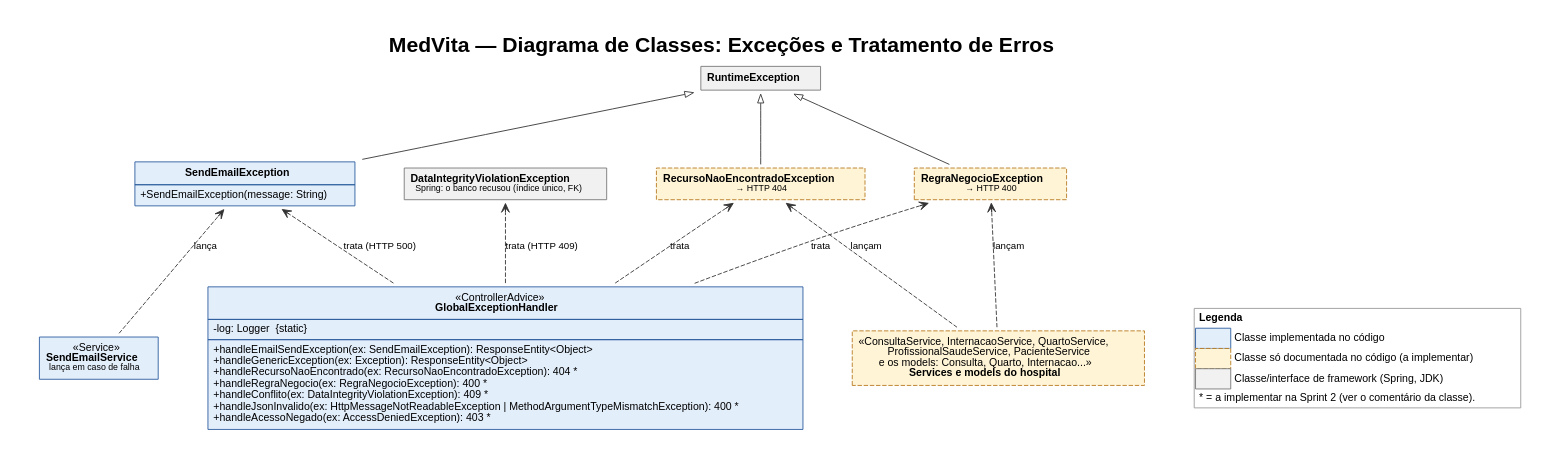
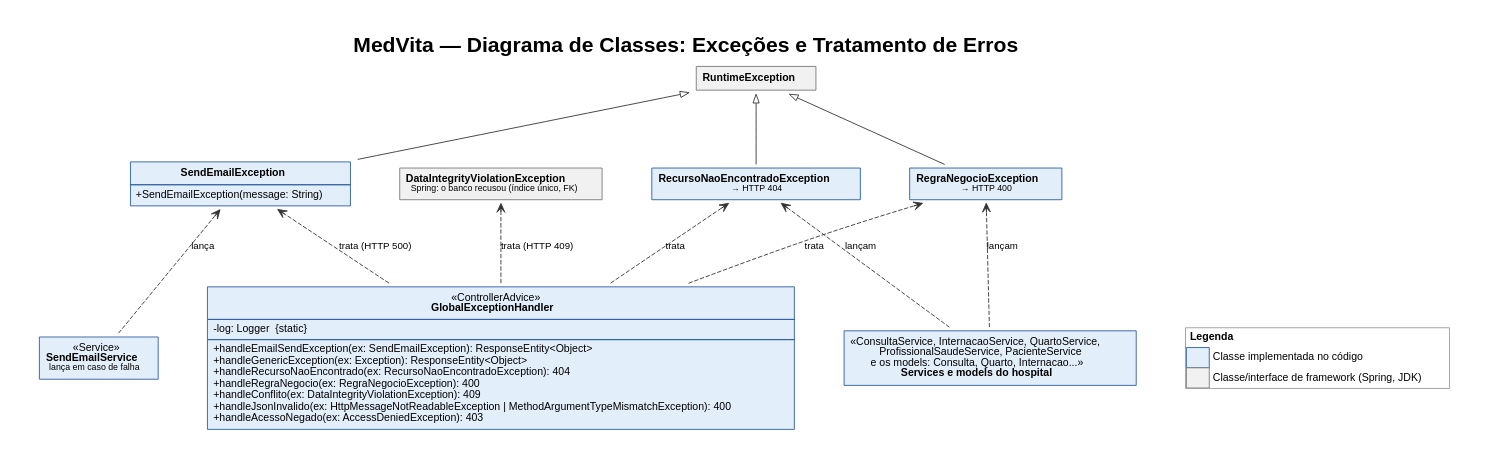
The diagram in DOCUMENTOS/DiagramaUML/04-diagrama-classes-excecoes.dot (leonardoMartins-Dev/Sistema_Hospitalar), drawn with Graphviz before and after one commit. The commit also changed 14 other files, not shown here.

Commit message:
Sprint 2: diagramas atualizados, aviso do banco e usuários de teste removidos

```diff
--- a/DOCUMENTOS/DiagramaUML/04-diagrama-classes-excecoes.dot
+++ b/DOCUMENTOS/DiagramaUML/04-diagrama-classes-excecoes.dot
@@ -1,27 +1,27 @@
 digraph G {
   rankdir=BT; splines=true; nodesep=0.55; ranksep=0.9; pad=0.4;
   labelloc=t; fontsize=24; fontname="Helvetica"; label=<<B>MedVita — Diagrama de Classes: Exceções e Tratamento de Erros</B>>;
   node [fontname="Helvetica" fontsize=12];
   edge [fontname="Helvetica" fontsize=11 color="#333333" labeldistance=2.2];
   ranksep=1.0;
 RTE [shape=plaintext label=<<TABLE BORDER="1" CELLBORDER="0" CELLSPACING="0" CELLPADDING="5" BGCOLOR="#F1F1F1" COLOR="#777777" STYLE="solid"><TR><TD ALIGN="CENTER" CELLPADDING="6"><B>RuntimeException</B></TD></TR></TABLE>>];
 SendEx [shape=plaintext label=<<TABLE BORDER="1" CELLBORDER="0" CELLSPACING="0" CELLPADDING="5" BGCOLOR="#E3EEFB" COLOR="#2B5C9E" STYLE="solid"><TR><TD ALIGN="CENTER" CELLPADDING="6"><B>SendEmailException</B></TD></TR><HR/><TR><TD ALIGN="LEFT" BALIGN="LEFT">+SendEmailException(message: String)<BR ALIGN="LEFT"/></TD></TR></TABLE>>];
-NotFound [shape=plaintext label=<<TABLE BORDER="1" CELLBORDER="0" CELLSPACING="0" CELLPADDING="5" BGCOLOR="#FFF4D6" COLOR="#B7791F" STYLE="dashed"><TR><TD ALIGN="CENTER" CELLPADDING="6"><B>RecursoNaoEncontradoException</B><BR/><FONT POINT-SIZE="10">→ HTTP 404</FONT></TD></TR></TABLE>>];
-Regra [shape=plaintext label=<<TABLE BORDER="1" CELLBORDER="0" CELLSPACING="0" CELLPADDING="5" BGCOLOR="#FFF4D6" COLOR="#B7791F" STYLE="dashed"><TR><TD ALIGN="CENTER" CELLPADDING="6"><B>RegraNegocioException</B><BR/><FONT POINT-SIZE="10">→ HTTP 400</FONT></TD></TR></TABLE>>];
-Handler [shape=plaintext label=<<TABLE BORDER="1" CELLBORDER="0" CELLSPACING="0" CELLPADDING="5" BGCOLOR="#E3EEFB" COLOR="#2B5C9E" STYLE="solid"><TR><TD ALIGN="CENTER" CELLPADDING="6">«ControllerAdvice»<BR/><B>GlobalExceptionHandler</B></TD></TR><HR/><TR><TD ALIGN="LEFT" BALIGN="LEFT">-log: Logger  {static}<BR ALIGN="LEFT"/></TD></TR><HR/><TR><TD ALIGN="LEFT" BALIGN="LEFT">+handleEmailSendException(ex: SendEmailException): ResponseEntity&lt;Object&gt;<BR ALIGN="LEFT"/>+handleGenericException(ex: Exception): ResponseEntity&lt;Object&gt;<BR ALIGN="LEFT"/>+handleRecursoNaoEncontrado(ex: RecursoNaoEncontradoException): 404 *<BR ALIGN="LEFT"/>+handleRegraNegocio(ex: RegraNegocioException): 400 *<BR ALIGN="LEFT"/>+handleConflito(ex: DataIntegrityViolationException): 409 *<BR ALIGN="LEFT"/>+handleJsonInvalido(ex: HttpMessageNotReadableException | MethodArgumentTypeMismatchException): 400 *<BR ALIGN="LEFT"/>+handleAcessoNegado(ex: AccessDeniedException): 403 *<BR ALIGN="LEFT"/></TD></TR></TABLE>>];
+NotFound [shape=plaintext label=<<TABLE BORDER="1" CELLBORDER="0" CELLSPACING="0" CELLPADDING="5" BGCOLOR="#E3EEFB" COLOR="#2B5C9E" STYLE="solid"><TR><TD ALIGN="CENTER" CELLPADDING="6"><B>RecursoNaoEncontradoException</B><BR/><FONT POINT-SIZE="10">→ HTTP 404</FONT></TD></TR></TABLE>>];
+Regra [shape=plaintext label=<<TABLE BORDER="1" CELLBORDER="0" CELLSPACING="0" CELLPADDING="5" BGCOLOR="#E3EEFB" COLOR="#2B5C9E" STYLE="solid"><TR><TD ALIGN="CENTER" CELLPADDING="6"><B>RegraNegocioException</B><BR/><FONT POINT-SIZE="10">→ HTTP 400</FONT></TD></TR></TABLE>>];
+Handler [shape=plaintext label=<<TABLE BORDER="1" CELLBORDER="0" CELLSPACING="0" CELLPADDING="5" BGCOLOR="#E3EEFB" COLOR="#2B5C9E" STYLE="solid"><TR><TD ALIGN="CENTER" CELLPADDING="6">«ControllerAdvice»<BR/><B>GlobalExceptionHandler</B></TD></TR><HR/><TR><TD ALIGN="LEFT" BALIGN="LEFT">-log: Logger  {static}<BR ALIGN="LEFT"/></TD></TR><HR/><TR><TD ALIGN="LEFT" BALIGN="LEFT">+handleEmailSendException(ex: SendEmailException): ResponseEntity&lt;Object&gt;<BR ALIGN="LEFT"/>+handleGenericException(ex: Exception): ResponseEntity&lt;Object&gt;<BR ALIGN="LEFT"/>+handleRecursoNaoEncontrado(ex: RecursoNaoEncontradoException): 404<BR ALIGN="LEFT"/>+handleRegraNegocio(ex: RegraNegocioException): 400<BR ALIGN="LEFT"/>+handleConflito(ex: DataIntegrityViolationException): 409<BR ALIGN="LEFT"/>+handleJsonInvalido(ex: HttpMessageNotReadableException | MethodArgumentTypeMismatchException): 400<BR ALIGN="LEFT"/>+handleAcessoNegado(ex: AccessDeniedException): 403<BR ALIGN="LEFT"/></TD></TR></TABLE>>];
 Mail [shape=plaintext label=<<TABLE BORDER="1" CELLBORDER="0" CELLSPACING="0" CELLPADDING="5" BGCOLOR="#E3EEFB" COLOR="#2B5C9E" STYLE="solid"><TR><TD ALIGN="CENTER" CELLPADDING="6">«Service»<BR/><B>SendEmailService</B><BR/><FONT POINT-SIZE="10">lança em caso de falha</FONT></TD></TR></TABLE>>];
-Svcs [shape=plaintext label=<<TABLE BORDER="1" CELLBORDER="0" CELLSPACING="0" CELLPADDING="5" BGCOLOR="#FFF4D6" COLOR="#B7791F" STYLE="dashed"><TR><TD ALIGN="CENTER" CELLPADDING="6">«ConsultaService, InternacaoService, QuartoService,<BR/>ProfissionalSaudeService, PacienteService<BR/>e os models: Consulta, Quarto, Internacao...»<BR/><B>Services e models do hospital</B></TD></TR></TABLE>>];
+Svcs [shape=plaintext label=<<TABLE BORDER="1" CELLBORDER="0" CELLSPACING="0" CELLPADDING="5" BGCOLOR="#E3EEFB" COLOR="#2B5C9E" STYLE="solid"><TR><TD ALIGN="CENTER" CELLPADDING="6">«ConsultaService, InternacaoService, QuartoService,<BR/>ProfissionalSaudeService, PacienteService<BR/>e os models: Consulta, Quarto, Internacao...»<BR/><B>Services e models do hospital</B></TD></TR></TABLE>>];
 {rank=same; SendEx; NotFound; Regra;}
 SendEx -> RTE [arrowhead=empty];
 NotFound -> RTE [arrowhead=empty];
 Regra -> RTE [arrowhead=empty];
 Handler -> SendEx [style=dashed arrowhead=vee label=<trata (HTTP 500)>];
 Handler -> NotFound [style=dashed arrowhead=vee label=<trata> style=dashed];
 Handler -> Regra [style=dashed arrowhead=vee label=<trata> style=dashed];
 Mail -> SendEx [style=dashed arrowhead=vee label=<lança>];
 Svcs -> NotFound [style=dashed arrowhead=vee label=<lançam>];
 Svcs -> Regra [style=dashed arrowhead=vee label=<lançam>];
 DIVE [shape=plaintext label=<<TABLE BORDER="1" CELLBORDER="0" CELLSPACING="0" CELLPADDING="5" BGCOLOR="#F1F1F1" COLOR="#777777" STYLE="solid"><TR><TD ALIGN="CENTER" CELLPADDING="6"><B>DataIntegrityViolationException</B><BR/><FONT POINT-SIZE="10">Spring: o banco recusou (índice único, FK)</FONT></TD></TR></TABLE>>];
 Handler -> DIVE [style=dashed arrowhead=vee label=<trata (HTTP 409)>];
-legend [shape=plaintext label=<<TABLE BORDER="1" CELLBORDER="0" CELLSPACING="0" CELLPADDING="4" COLOR="#999999"><TR><TD COLSPAN="2" ALIGN="LEFT"><B>Legenda</B></TD></TR><TR><TD WIDTH="26" BGCOLOR="#E3EEFB" COLOR="#2B5C9E" STYLE="solid" BORDER="1"> </TD><TD ALIGN="LEFT">Classe implementada no código</TD></TR><TR><TD WIDTH="26" BGCOLOR="#FFF4D6" COLOR="#B7791F" STYLE="dashed" BORDER="1"> </TD><TD ALIGN="LEFT">Classe só documentada no código (a implementar)</TD></TR><TR><TD WIDTH="26" BGCOLOR="#F1F1F1" COLOR="#777777" STYLE="solid" BORDER="1"> </TD><TD ALIGN="LEFT">Classe/interface de framework (Spring, JDK)</TD></TR><TR><TD COLSPAN="2" ALIGN="LEFT">* = a implementar na Sprint 2 (ver o comentário da classe).</TD></TR></TABLE>>];
+legend [shape=plaintext label=<<TABLE BORDER="1" CELLBORDER="0" CELLSPACING="0" CELLPADDING="4" COLOR="#999999"><TR><TD COLSPAN="2" ALIGN="LEFT"><B>Legenda</B></TD></TR><TR><TD WIDTH="26" BGCOLOR="#E3EEFB" COLOR="#2B5C9E" STYLE="solid" BORDER="1"> </TD><TD ALIGN="LEFT">Classe implementada no código</TD></TR><TR><TD WIDTH="26" BGCOLOR="#F1F1F1" COLOR="#777777" STYLE="solid" BORDER="1"> </TD><TD ALIGN="LEFT">Classe/interface de framework (Spring, JDK)</TD></TR></TABLE>>];
 }
```
